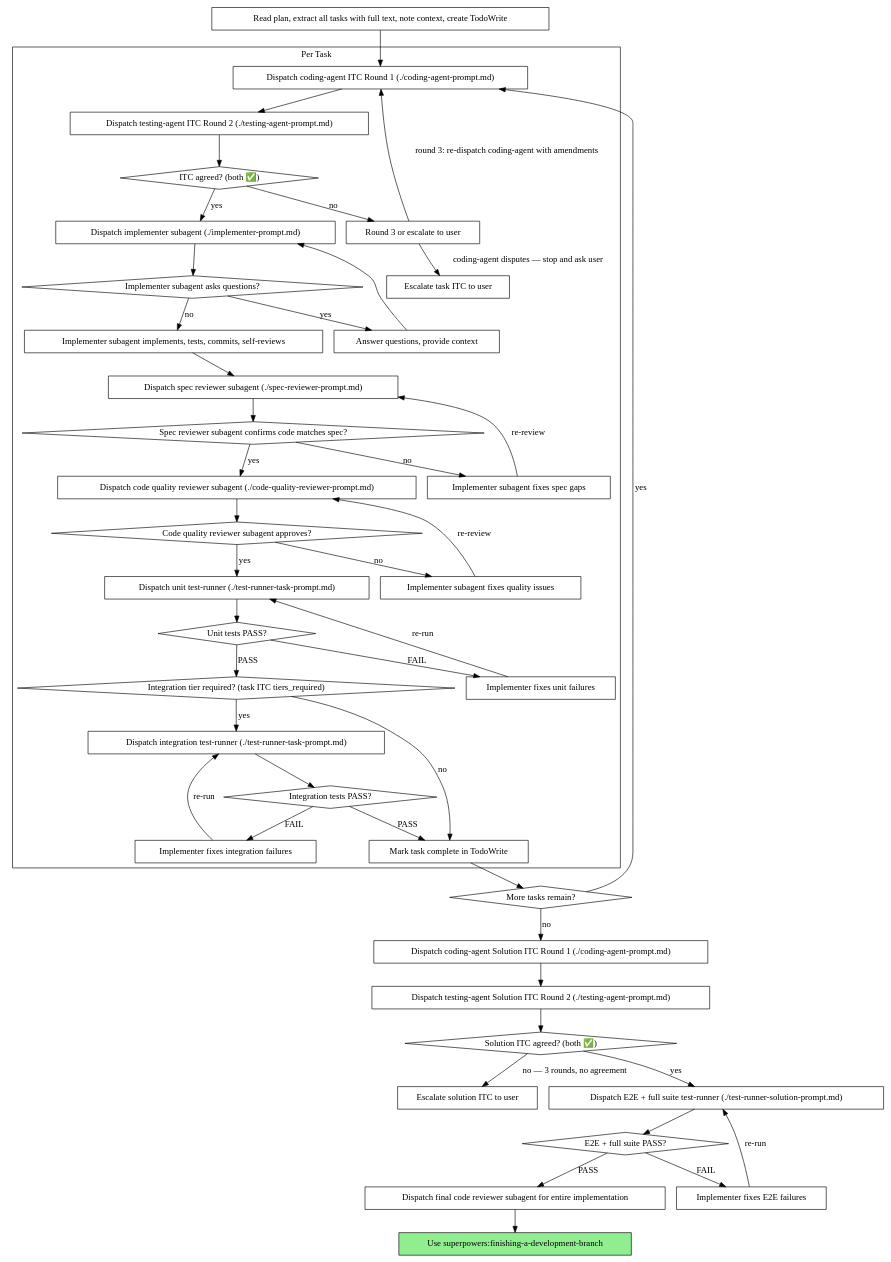
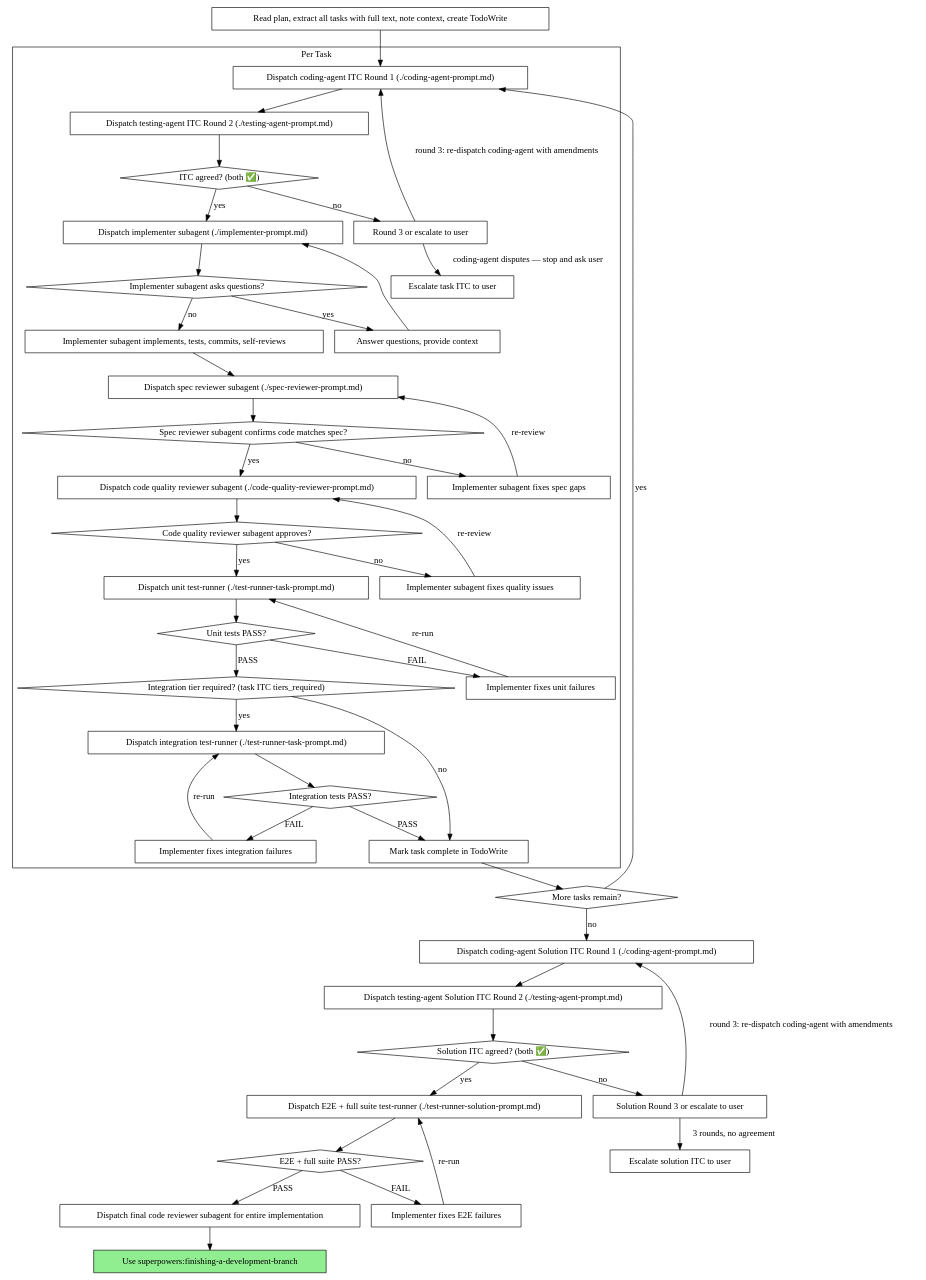
Before and after one commit to truongnn-ai/superpowers-dev: the second of 2 diagrams in skills/subagent-driven-development/SKILL.md, drawn with Graphviz. The commit also changed other lines of this file, not shown here.

Commit message:
fix: add Solution ITC Round 3 flowchart path and update Task 2 example with ITC and test harness steps

```diff
--- a/skills/subagent-driven-development/SKILL.md
+++ b/skills/subagent-driven-development/SKILL.md
@@ -77,6 +77,7 @@
     "Dispatch coding-agent Solution ITC Round 1 (./coding-agent-prompt.md)" [shape=box];
     "Dispatch testing-agent Solution ITC Round 2 (./testing-agent-prompt.md)" [shape=box];
     "Solution ITC agreed? (both ✅)" [shape=diamond];
+    "Solution Round 3 or escalate to user" [shape=box];
     "Escalate solution ITC to user" [shape=box];
     "Dispatch E2E + full suite test-runner (./test-runner-solution-prompt.md)" [shape=box];
     "E2E + full suite PASS?" [shape=diamond];
@@ -120,7 +121,9 @@
     "Dispatch coding-agent Solution ITC Round 1 (./coding-agent-prompt.md)" -> "Dispatch testing-agent Solution ITC Round 2 (./testing-agent-prompt.md)";
     "Dispatch testing-agent Solution ITC Round 2 (./testing-agent-prompt.md)" -> "Solution ITC agreed? (both ✅)";
     "Solution ITC agreed? (both ✅)" -> "Dispatch E2E + full suite test-runner (./test-runner-solution-prompt.md)" [label="yes"];
-    "Solution ITC agreed? (both ✅)" -> "Escalate solution ITC to user" [label="no — 3 rounds, no agreement"];
+    "Solution ITC agreed? (both ✅)" -> "Solution Round 3 or escalate to user" [label="no"];
+    "Solution Round 3 or escalate to user" -> "Dispatch coding-agent Solution ITC Round 1 (./coding-agent-prompt.md)" [label="round 3: re-dispatch coding-agent with amendments"];
+    "Solution Round 3 or escalate to user" -> "Escalate solution ITC to user" [label="3 rounds, no agreement"];
     "Dispatch E2E + full suite test-runner (./test-runner-solution-prompt.md)" -> "E2E + full suite PASS?";
     "E2E + full suite PASS?" -> "Implementer fixes E2E failures" [label="FAIL"];
     "Implementer fixes E2E failures" -> "Dispatch E2E + full suite test-runner (./test-runner-solution-prompt.md)" [label="re-run"];
```
